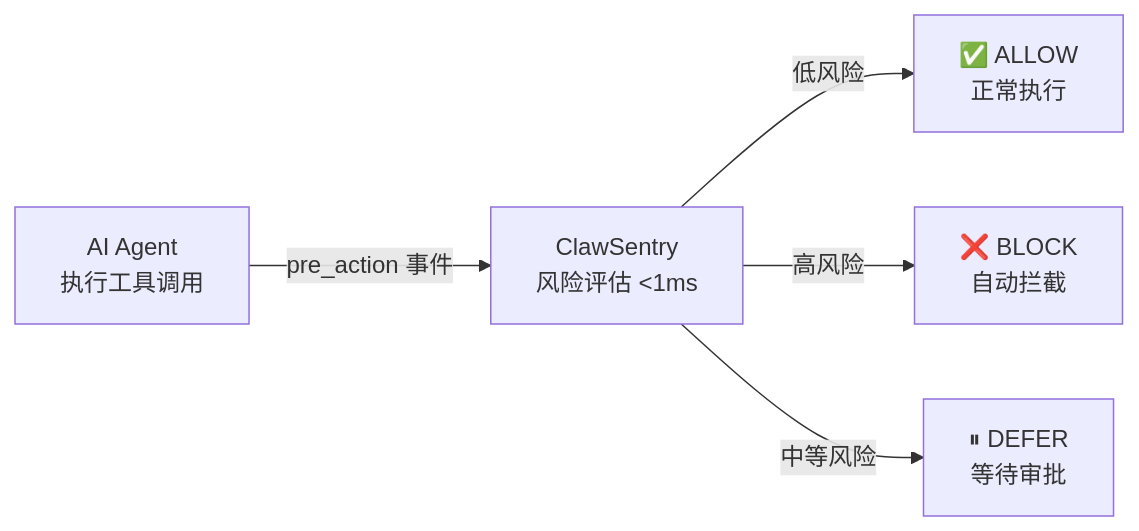
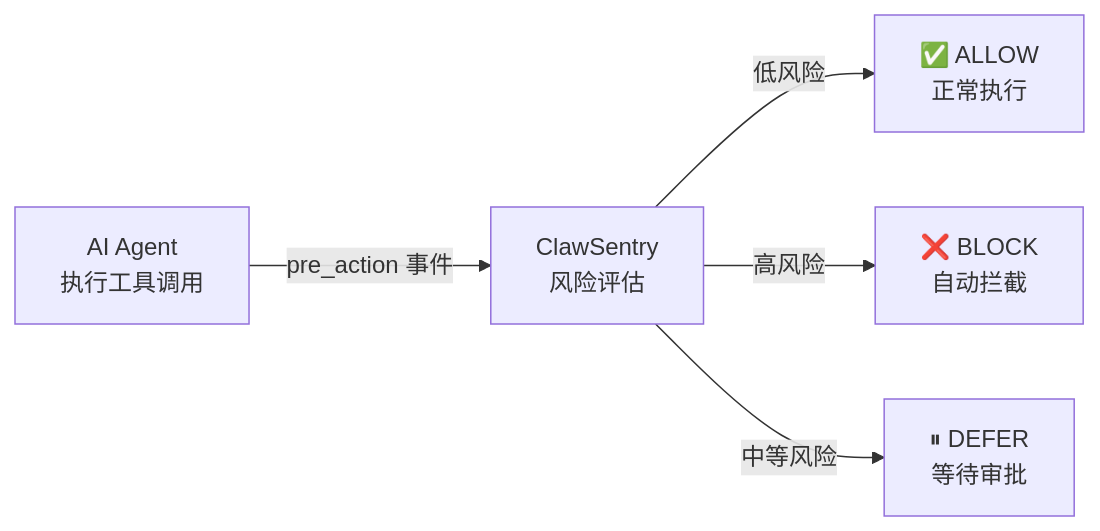
Before and after one commit to AI45Lab/ClawSentry: the diagram in site-docs/index.md, drawn with Mermaid. The commit also changed other lines of this file and 62 other files, not shown here.

````diff
--- a/site-docs/index.md
+++ b/site-docs/index.md
@@ -144,7 +144,7 @@
 ```mermaid
 flowchart LR
-    A["AI Agent\n执行工具调用"] -->|"pre_action 事件"| B["ClawSentry\n风险评估 <1ms"]
+    A["AI Agent\n执行工具调用"] -->|"pre_action 事件"| B["ClawSentry\n风险评估"]
     B -->|"低风险"| C["✅ ALLOW\n正常执行"]
     B -->|"高风险"| D["❌ BLOCK\n自动拦截"]
     B -->|"中等风险"| E["⏸ DEFER\n等待审批"]
 ```
````
